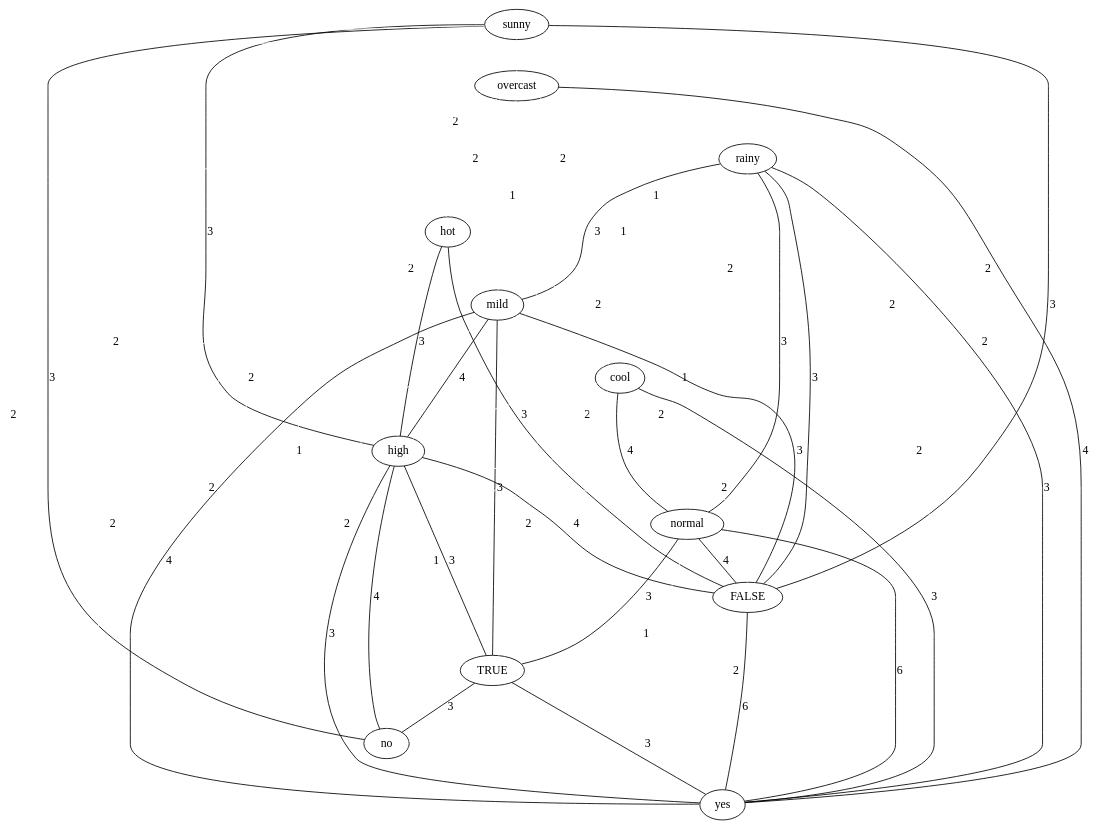
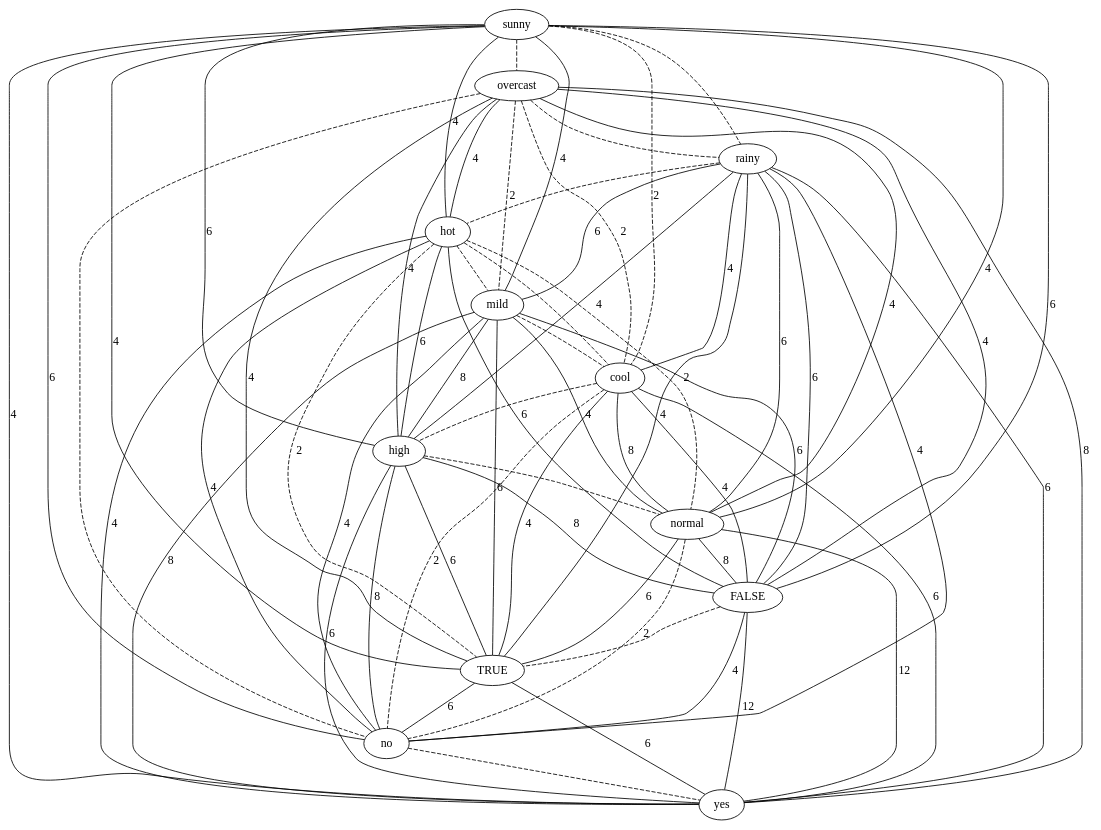
One commit to lrodrin/TFG changed the diagram in src/final/plainGraph_with_threshold.dot. Above: the diagram before and after it, drawn with Graphviz. The commit also changed 9 other files, not shown here.

```diff
--- a/src/final/plainGraph_with_threshold.dot
+++ b/src/final/plainGraph_with_threshold.dot
@@ -1,80 +1,80 @@
 strict graph "" {
 sunny;
 overcast;
 rainy;
 hot;
 mild;
 cool;
 high;
 normal;
 FALSE;
 TRUE;
 no;
 yes;
-sunny -- overcast  [color=white];
-sunny -- rainy  [color=white];
-sunny -- hot  [color=white, label=2];
-sunny -- mild  [color=white, label=2];
-sunny -- cool  [color=white, label=1];
-sunny -- high  [color=black, label=3];
-sunny -- normal  [color=white, label=2];
-sunny -- FALSE  [color=black, label=3];
-sunny -- TRUE  [color=white, label=2];
-sunny -- no  [color=black, label=3];
-sunny -- yes  [color=white, label=2];
-overcast -- rainy  [color=white];
-overcast -- hot  [color=white, label=2];
-overcast -- mild  [color=white, label=1];
-overcast -- cool  [color=white, label=1];
-overcast -- high  [color=white, label=2];
-overcast -- normal  [color=white, label=2];
-overcast -- FALSE  [color=white, label=2];
-overcast -- TRUE  [color=white, label=2];
-overcast -- no  [color=white];
-overcast -- yes  [color=black, label=4];
-rainy -- hot  [color=white];
-rainy -- mild  [color=black, label=3];
-rainy -- cool  [color=white, label=2];
-rainy -- high  [color=white, label=2];
-rainy -- normal  [color=black, label=3];
-rainy -- FALSE  [color=black, label=3];
-rainy -- TRUE  [color=white, label=2];
-rainy -- no  [color=white, label=2];
-rainy -- yes  [color=black, label=3];
-hot -- mild  [color=white];
-hot -- cool  [color=white];
-hot -- high  [color=black, label=3];
-hot -- normal  [color=white, label=1];
-hot -- FALSE  [color=black, label=3];
-hot -- TRUE  [color=white, label=1];
-hot -- no  [color=white, label=2];
-hot -- yes  [color=white, label=2];
-mild -- cool  [color=white];
-mild -- high  [color=black, label=4];
-mild -- normal  [color=white, label=2];
-mild -- FALSE  [color=black, label=3];
-mild -- TRUE  [color=black, label=3];
-mild -- no  [color=white, label=2];
-mild -- yes  [color=black, label=4];
-cool -- high  [color=white];
-cool -- normal  [color=black, label=4];
-cool -- FALSE  [color=white, label=2];
-cool -- TRUE  [color=white, label=2];
-cool -- no  [color=white, label=1];
-cool -- yes  [color=black, label=3];
-high -- normal  [color=white];
-high -- FALSE  [color=black, label=4];
-high -- TRUE  [color=black, label=3];
-high -- no  [color=black, label=4];
-high -- yes  [color=black, label=3];
-normal -- FALSE  [color=black, label=4];
-normal -- TRUE  [color=black, label=3];
-normal -- no  [color=white, label=1];
-normal -- yes  [color=black, label=6];
-FALSE -- TRUE  [color=white];
-FALSE -- no  [color=white, label=2];
-FALSE -- yes  [color=black, label=6];
-TRUE -- no  [color=black, label=3];
-TRUE -- yes  [color=black, label=3];
-no -- yes  [color=white];
+sunny -- overcast  [color=black, style=dashed];
+sunny -- rainy  [color=black, style=dashed];
+sunny -- hot  [color=black, label=4, style=solid];
+sunny -- mild  [color=black, label=4, style=solid];
+sunny -- cool  [color=black, label=2, style=dashed];
+sunny -- high  [color=black, label=6, style=solid];
+sunny -- normal  [color=black, label=4, style=solid];
+sunny -- FALSE  [color=black, label=6, style=solid];
+sunny -- TRUE  [color=black, label=4, style=solid];
+sunny -- no  [color=black, label=6, style=solid];
+sunny -- yes  [color=black, label=4, style=solid];
+overcast -- rainy  [color=black, style=dashed];
+overcast -- hot  [color=black, label=4, style=solid];
+overcast -- mild  [color=black, label=2, style=dashed];
+overcast -- cool  [color=black, label=2, style=dashed];
+overcast -- high  [color=black, label=4, style=solid];
+overcast -- normal  [color=black, label=4, style=solid];
+overcast -- FALSE  [color=black, label=4, style=solid];
+overcast -- TRUE  [color=black, label=4, style=solid];
+overcast -- no  [color=black, style=dashed];
+overcast -- yes  [color=black, label=8, style=solid];
+rainy -- hot  [color=black, style=dashed];
+rainy -- mild  [color=black, label=6, style=solid];
+rainy -- cool  [color=black, label=4, style=solid];
+rainy -- high  [color=black, label=4, style=solid];
+rainy -- normal  [color=black, label=6, style=solid];
+rainy -- FALSE  [color=black, label=6, style=solid];
+rainy -- TRUE  [color=black, label=4, style=solid];
+rainy -- no  [color=black, label=4, style=solid];
+rainy -- yes  [color=black, label=6, style=solid];
+hot -- mild  [color=black, style=dashed];
+hot -- cool  [color=black, style=dashed];
+hot -- high  [color=black, label=6, style=solid];
+hot -- normal  [color=black, label=2, style=dashed];
+hot -- FALSE  [color=black, label=6, style=solid];
+hot -- TRUE  [color=black, label=2, style=dashed];
+hot -- no  [color=black, label=4, style=solid];
+hot -- yes  [color=black, label=4, style=solid];
+mild -- cool  [color=black, style=dashed];
+mild -- high  [color=black, label=8, style=solid];
+mild -- normal  [color=black, label=4, style=solid];
+mild -- FALSE  [color=black, label=6, style=solid];
+mild -- TRUE  [color=black, label=6, style=solid];
+mild -- no  [color=black, label=4, style=solid];
+mild -- yes  [color=black, label=8, style=solid];
+cool -- high  [color=black, style=dashed];
+cool -- normal  [color=black, label=8, style=solid];
+cool -- FALSE  [color=black, label=4, style=solid];
+cool -- TRUE  [color=black, label=4, style=solid];
+cool -- no  [color=black, label=2, style=dashed];
+cool -- yes  [color=black, label=6, style=solid];
+high -- normal  [color=black, style=dashed];
+high -- FALSE  [color=black, label=8, style=solid];
+high -- TRUE  [color=black, label=6, style=solid];
+high -- no  [color=black, label=8, style=solid];
+high -- yes  [color=black, label=6, style=solid];
+normal -- FALSE  [color=black, label=8, style=solid];
+normal -- TRUE  [color=black, label=6, style=solid];
+normal -- no  [color=black, label=2, style=dashed];
+normal -- yes  [color=black, label=12, style=solid];
+FALSE -- TRUE  [color=black, style=dashed];
+FALSE -- no  [color=black, label=4, style=solid];
+FALSE -- yes  [color=black, label=12, style=solid];
+TRUE -- no  [color=black, label=6, style=solid];
+TRUE -- yes  [color=black, label=6, style=solid];
+no -- yes  [color=black, style=dashed];
 }
```
